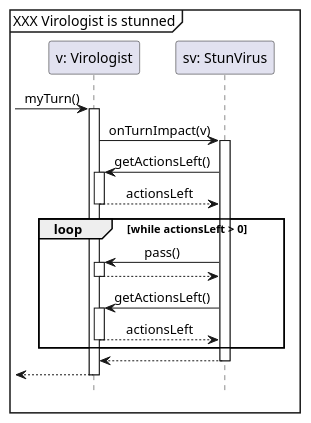
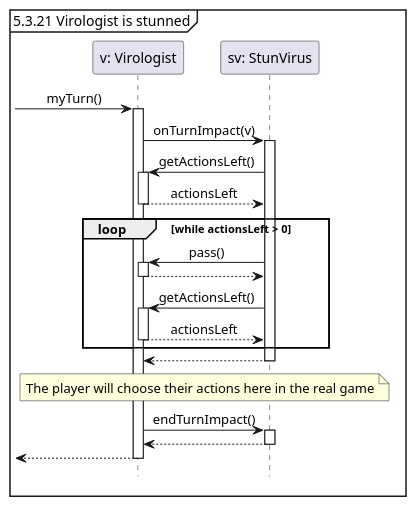
Before and after one commit to Tschonti/503-service-unavailable: the diagram in docs/testCases/sequences/stunVirusOnTurnImpact.puml, drawn with PlantUML. The commit also changed 14 other files, not shown here.

```diff
--- a/docs/testCases/sequences/stunVirusOnTurnImpact.puml
+++ b/docs/testCases/sequences/stunVirusOnTurnImpact.puml
@@ -1,23 +1,28 @@
 @startuml
 'https://plantuml.com/sequence-diagram
 hide footbox
 skinparam sequenceMessageAlign center
 
-mainframe XXX Virologist is stunned
+mainframe 5.3.21 Virologist is stunned
 
 participant "v: Virologist" as v
 participant "sv: StunVirus" as sv
 
 -> v ++: myTurn()
     v -> sv ++: onTurnImpact(v)
         sv -> v ++: getActionsLeft()
         return actionsLeft
         loop while actionsLeft > 0
             sv -> v ++: pass()
             return
             sv -> v ++: getActionsLeft()
             return actionsLeft
         end
     return
+
+    note across : The player will choose their actions here in the real game
+
+    v -> sv ++ : endTurnImpact()
+    return
 return
 @enduml
```
